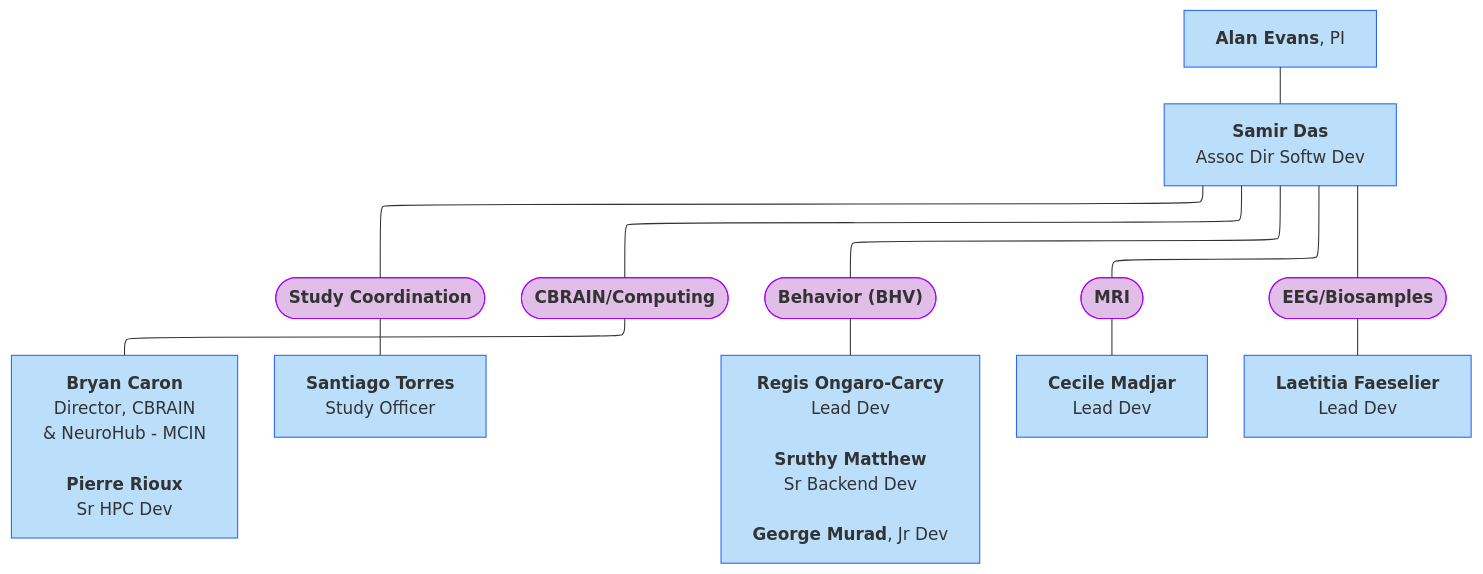
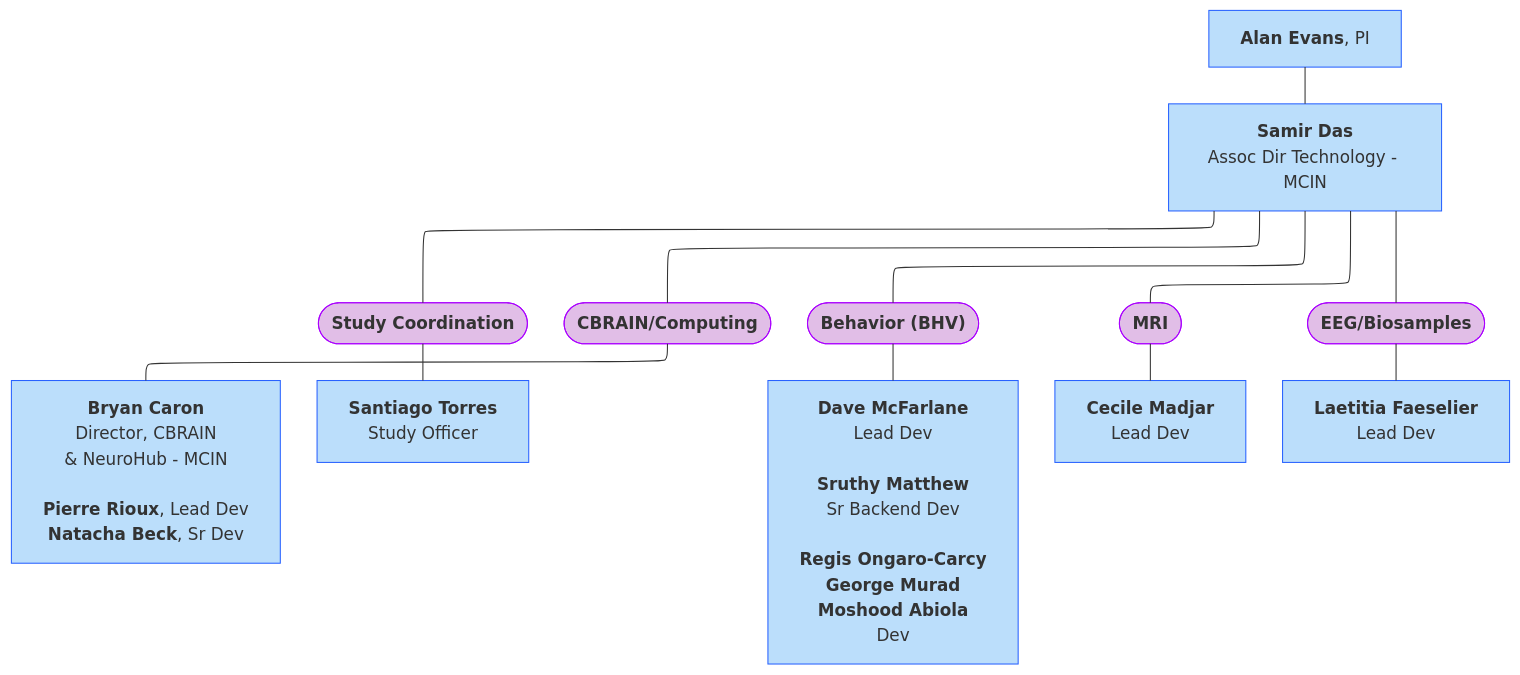
The second of 9 diagrams in docs/orgcharts.md (DCAN-Labs/hbcd-docs-internal), drawn with Mermaid before and after one commit.

Commit message:
add missing people to LORIS

````diff
--- a/docs/orgcharts.md
+++ b/docs/orgcharts.md
@@ -62,27 +62,27 @@
 ```mermaid
 ---
 config:
   layout: elk
 ---
 flowchart TB
-    A["<b>Alan Evans</b>, PI"] --- nl["<b>Samir Das</b><br>Assoc Dir Softw Dev"]
+    A["<b>Alan Evans</b>, PI"] --- nl["<b>Samir Das</b><br>Assoc Dir Technology - MCIN"]
     nl --- n9(["<b>Study Coordination</b>"]) & C(["<b>CBRAIN/Computing</b>"])
-    C --- n12["<b>Bryan Caron</b><br>Director, CBRAIN<br>&amp; NeuroHub - MCIN<br><br><b>Pierre Rioux</b><br>Sr HPC Dev"]
+    C --- n12["<b>Bryan Caron</b><br>Director, CBRAIN<br>&amp; NeuroHub - MCIN<br><br><b>Pierre Rioux</b>, Lead Dev<br><b>Natacha Beck</b>, Sr Dev"]
     n9 --- E["<b>Santiago Torres</b><br>Study Officer"]
-    F(["<b>Behavior (BHV)</b>"]) --- I["<b>Regis Ongaro-Carcy</b><br>Lead Dev<br><br><b>Sruthy Matthew</b><br>Sr Backend Dev<br><br><b>George Murad</b>, Jr Dev"]
+    F(["<b>Behavior (BHV)</b>"]) --- I["<b>Dave McFarlane</b><br>Lead Dev<br><br><b>Sruthy Matthew</b><br>Sr Backend Dev<br><br><b>Regis Ongaro-Carcy<br>George Murad<br>Moshood Abiola</b><br>Dev"]
     G(["<b>MRI</b>"]) --- L["<b>Cecile Madjar</b><br>Lead Dev"]
     H(["<b>EEG/Biosamples</b>"]) --- M["<b>Laetitia Faeselier</b><br>Lead Dev"]
     nl --- G & H & F
     style A stroke:#2962FF,fill:#BBDEFB
     style nl stroke:#2962FF,fill:#BBDEFB
     style n9 stroke:#AA00FF,fill:#E1BEE7
     style C stroke:#AA00FF,fill:#E1BEE7
     style n12 stroke:#2962FF,fill:#BBDEFB
     style E stroke:#2962FF,fill:#BBDEFB
     style F stroke:#AA00FF,fill:#E1BEE7
     style I stroke:#2962FF,fill:#BBDEFB
     style G stroke:#AA00FF,fill:#E1BEE7
     style L stroke:#2962FF,fill:#BBDEFB
     style H stroke:#AA00FF,fill:#E1BEE7
     style M stroke:#2962FF,fill:#BBDEFB
 ```
````
